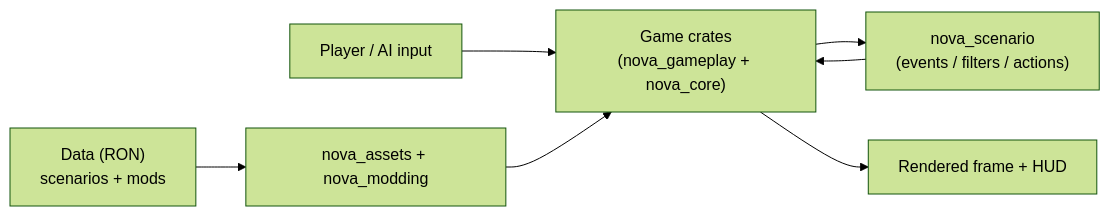
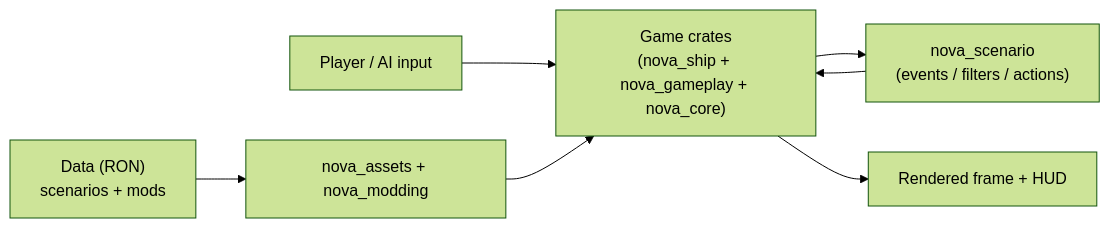
One commit to alexjercan/nova-protocol changed the diagram in web/src/wiki/dev/project-tour.md. Above: the diagram before and after it, drawn with Mermaid (forest theme). The commit also changed other lines of this file and 358 other files, not shown here.

First line of the commit message:
refactor(20260806-121625): L9 - the nova_gameplay four-way split

````diff
--- a/web/src/wiki/dev/project-tour.md
+++ b/web/src/wiki/dev/project-tour.md
@@ -86,9 +91,9 @@
 ```mermaid
 flowchart LR
-    player["Player / AI input"] --> game["Game crates<br/>(nova_gameplay + nova_core)"]
+    player["Player / AI input"] --> game["Game crates<br/>(nova_ship + nova_gameplay + nova_core)"]
     game --> scenario["nova_scenario<br/>(events / filters / actions)"]
     data["Data (RON)<br/>scenarios + mods"] --> assets["nova_assets + nova_modding"]
     assets --> game
     scenario --> game
     game --> screen["Rendered frame + HUD"]
 ```
````
